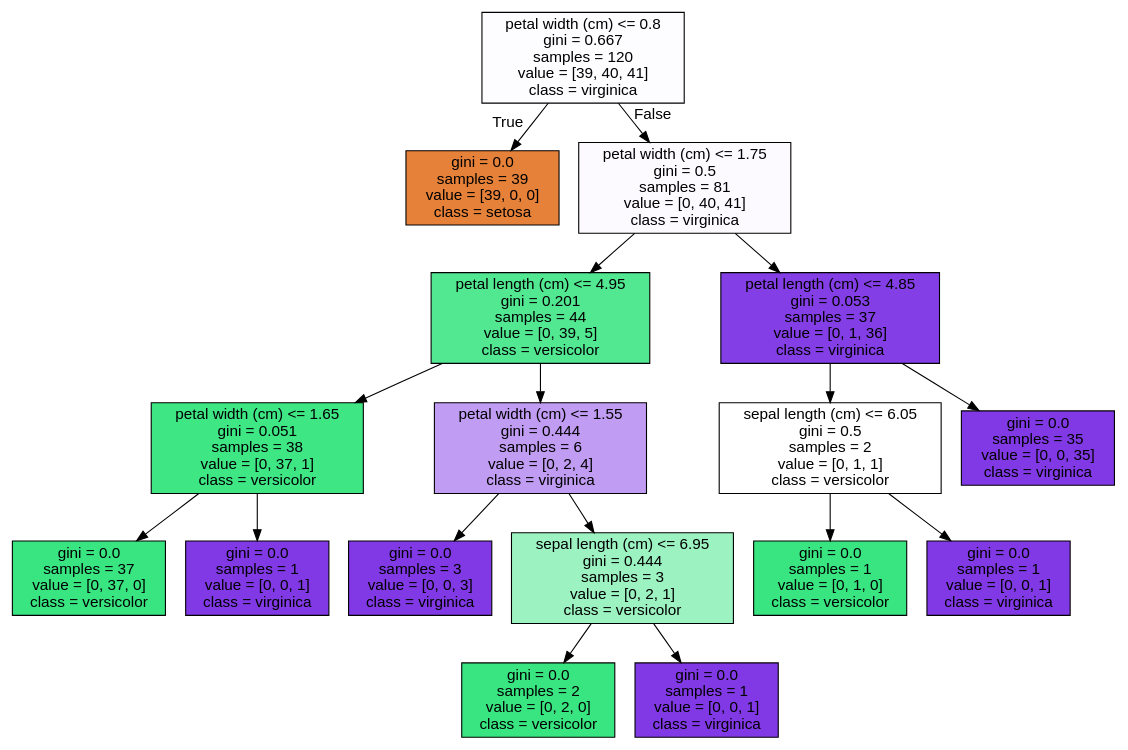
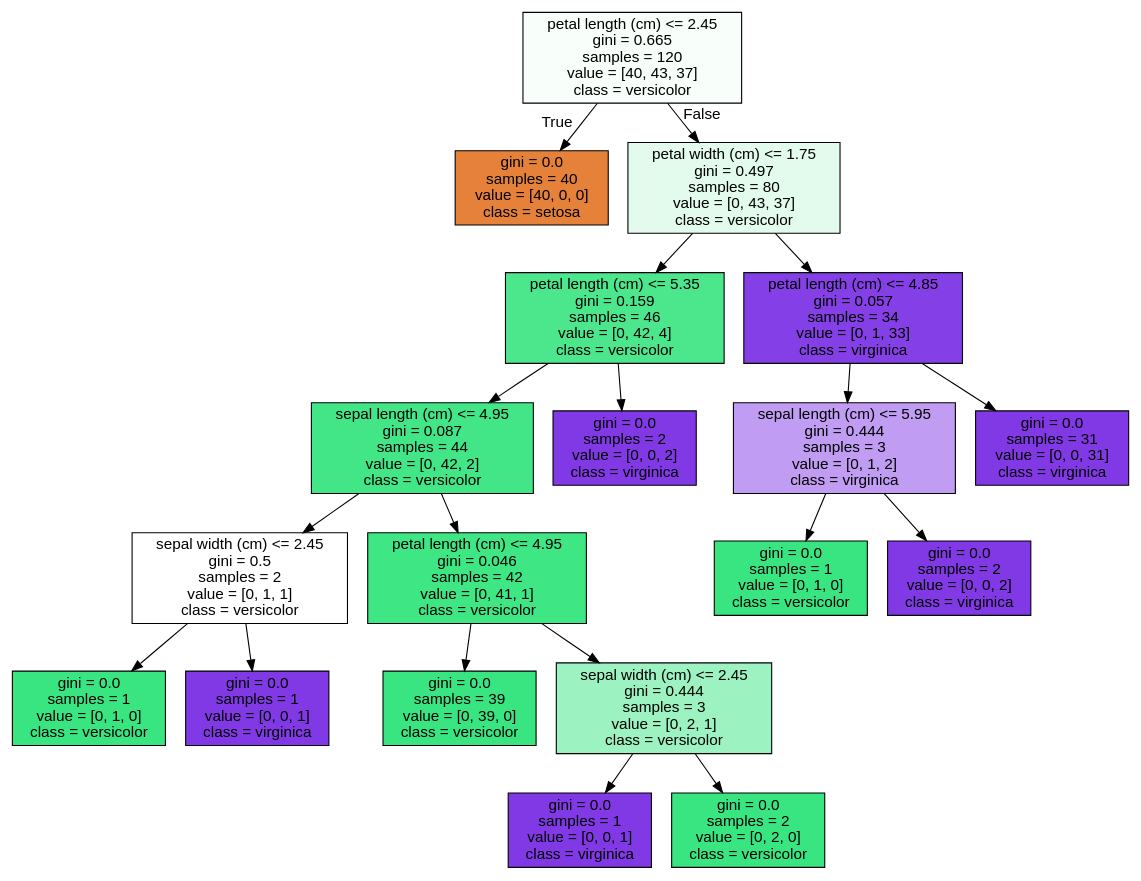
Before and after one commit to jinhoyoho/Machine_Learning: the diagram in tree.dot, drawn with Graphviz. The commit also changed 33 other files, not shown here.

```diff
--- a/tree.dot
+++ b/tree.dot
@@ -1,37 +1,41 @@
 digraph Tree {
 node [shape=box, style="filled", color="black", fontname="helvetica"] ;
 edge [fontname="helvetica"] ;
-0 [label="petal width (cm) <= 0.8\ngini = 0.667\nsamples = 120\nvalue = [39, 40, 41]\nclass = virginica", fillcolor="#fdfdff"] ;
-1 [label="gini = 0.0\nsamples = 39\nvalue = [39, 0, 0]\nclass = setosa", fillcolor="#e58139"] ;
+0 [label="petal length (cm) <= 2.45\ngini = 0.665\nsamples = 120\nvalue = [40, 43, 37]\nclass = versicolor", fillcolor="#f8fefa"] ;
+1 [label="gini = 0.0\nsamples = 40\nvalue = [40, 0, 0]\nclass = setosa", fillcolor="#e58139"] ;
 0 -> 1 [labeldistance=2.5, labelangle=45, headlabel="True"] ;
-2 [label="petal width (cm) <= 1.75\ngini = 0.5\nsamples = 81\nvalue = [0, 40, 41]\nclass = virginica", fillcolor="#fcfafe"] ;
+2 [label="petal width (cm) <= 1.75\ngini = 0.497\nsamples = 80\nvalue = [0, 43, 37]\nclass = versicolor", fillcolor="#e3fbed"] ;
 0 -> 2 [labeldistance=2.5, labelangle=-45, headlabel="False"] ;
-3 [label="petal length (cm) <= 4.95\ngini = 0.201\nsamples = 44\nvalue = [0, 39, 5]\nclass = versicolor", fillcolor="#52e891"] ;
+3 [label="petal length (cm) <= 5.35\ngini = 0.159\nsamples = 46\nvalue = [0, 42, 4]\nclass = versicolor", fillcolor="#4ce78d"] ;
 2 -> 3 ;
-4 [label="petal width (cm) <= 1.65\ngini = 0.051\nsamples = 38\nvalue = [0, 37, 1]\nclass = versicolor", fillcolor="#3ee684"] ;
+4 [label="sepal length (cm) <= 4.95\ngini = 0.087\nsamples = 44\nvalue = [0, 42, 2]\nclass = versicolor", fillcolor="#42e687"] ;
 3 -> 4 ;
-5 [label="gini = 0.0\nsamples = 37\nvalue = [0, 37, 0]\nclass = versicolor", fillcolor="#39e581"] ;
+5 [label="sepal width (cm) <= 2.45\ngini = 0.5\nsamples = 2\nvalue = [0, 1, 1]\nclass = versicolor", fillcolor="#ffffff"] ;
 4 -> 5 ;
-6 [label="gini = 0.0\nsamples = 1\nvalue = [0, 0, 1]\nclass = virginica", fillcolor="#8139e5"] ;
-4 -> 6 ;
-7 [label="petal width (cm) <= 1.55\ngini = 0.444\nsamples = 6\nvalue = [0, 2, 4]\nclass = virginica", fillcolor="#c09cf2"] ;
-3 -> 7 ;
-8 [label="gini = 0.0\nsamples = 3\nvalue = [0, 0, 3]\nclass = virginica", fillcolor="#8139e5"] ;
-7 -> 8 ;
-9 [label="sepal length (cm) <= 6.95\ngini = 0.444\nsamples = 3\nvalue = [0, 2, 1]\nclass = versicolor", fillcolor="#9cf2c0"] ;
-7 -> 9 ;
-10 [label="gini = 0.0\nsamples = 2\nvalue = [0, 2, 0]\nclass = versicolor", fillcolor="#39e581"] ;
-9 -> 10 ;
+6 [label="gini = 0.0\nsamples = 1\nvalue = [0, 1, 0]\nclass = versicolor", fillcolor="#39e581"] ;
+5 -> 6 ;
+7 [label="gini = 0.0\nsamples = 1\nvalue = [0, 0, 1]\nclass = virginica", fillcolor="#8139e5"] ;
+5 -> 7 ;
+8 [label="petal length (cm) <= 4.95\ngini = 0.046\nsamples = 42\nvalue = [0, 41, 1]\nclass = versicolor", fillcolor="#3ee684"] ;
+4 -> 8 ;
+9 [label="gini = 0.0\nsamples = 39\nvalue = [0, 39, 0]\nclass = versicolor", fillcolor="#39e581"] ;
+8 -> 9 ;
+10 [label="sepal width (cm) <= 2.45\ngini = 0.444\nsamples = 3\nvalue = [0, 2, 1]\nclass = versicolor", fillcolor="#9cf2c0"] ;
+8 -> 10 ;
 11 [label="gini = 0.0\nsamples = 1\nvalue = [0, 0, 1]\nclass = virginica", fillcolor="#8139e5"] ;
-9 -> 11 ;
-12 [label="petal length (cm) <= 4.85\ngini = 0.053\nsamples = 37\nvalue = [0, 1, 36]\nclass = virginica", fillcolor="#843ee6"] ;
-2 -> 12 ;
-13 [label="sepal length (cm) <= 6.05\ngini = 0.5\nsamples = 2\nvalue = [0, 1, 1]\nclass = versicolor", fillcolor="#ffffff"] ;
-12 -> 13 ;
-14 [label="gini = 0.0\nsamples = 1\nvalue = [0, 1, 0]\nclass = versicolor", fillcolor="#39e581"] ;
-13 -> 14 ;
-15 [label="gini = 0.0\nsamples = 1\nvalue = [0, 0, 1]\nclass = virginica", fillcolor="#8139e5"] ;
-13 -> 15 ;
-16 [label="gini = 0.0\nsamples = 35\nvalue = [0, 0, 35]\nclass = virginica", fillcolor="#8139e5"] ;
-12 -> 16 ;
+10 -> 11 ;
+12 [label="gini = 0.0\nsamples = 2\nvalue = [0, 2, 0]\nclass = versicolor", fillcolor="#39e581"] ;
+10 -> 12 ;
+13 [label="gini = 0.0\nsamples = 2\nvalue = [0, 0, 2]\nclass = virginica", fillcolor="#8139e5"] ;
+3 -> 13 ;
+14 [label="petal length (cm) <= 4.85\ngini = 0.057\nsamples = 34\nvalue = [0, 1, 33]\nclass = virginica", fillcolor="#853fe6"] ;
+2 -> 14 ;
+15 [label="sepal length (cm) <= 5.95\ngini = 0.444\nsamples = 3\nvalue = [0, 1, 2]\nclass = virginica", fillcolor="#c09cf2"] ;
+14 -> 15 ;
+16 [label="gini = 0.0\nsamples = 1\nvalue = [0, 1, 0]\nclass = versicolor", fillcolor="#39e581"] ;
+15 -> 16 ;
+17 [label="gini = 0.0\nsamples = 2\nvalue = [0, 0, 2]\nclass = virginica", fillcolor="#8139e5"] ;
+15 -> 17 ;
+18 [label="gini = 0.0\nsamples = 31\nvalue = [0, 0, 31]\nclass = virginica", fillcolor="#8139e5"] ;
+14 -> 18 ;
 }
```
